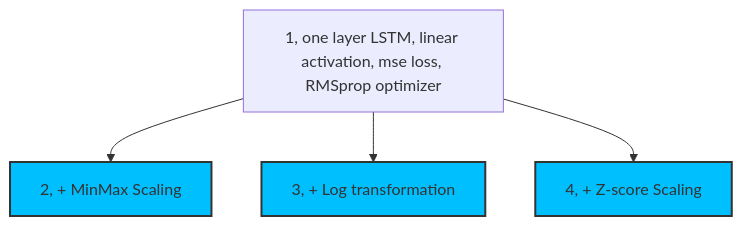
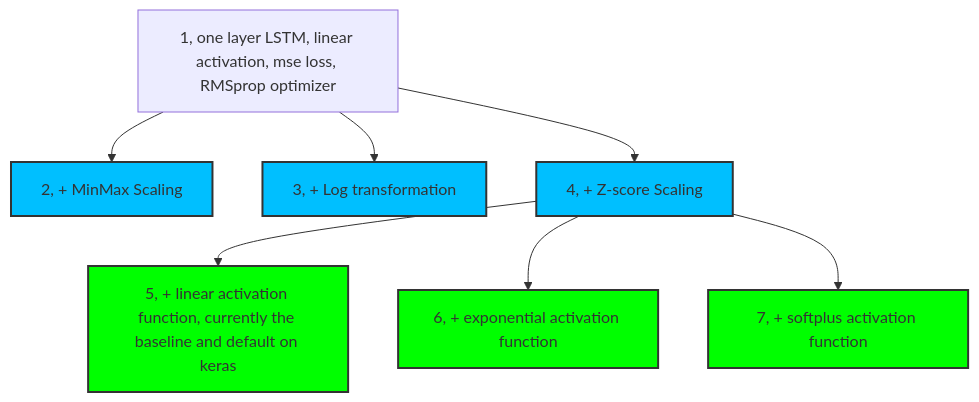
The diagram in src/models/LSTM/LSTM_regressor/experiment_hierarchy.md (zihaozeng0021/currency-exchange-rate-forecasting), drawn with Mermaid before and after one commit. The commit also changed 6 other files, not shown here.

````diff
--- a/src/models/LSTM/LSTM_regressor/experiment_hierarchy.md
+++ b/src/models/LSTM/LSTM_regressor/experiment_hierarchy.md
@@ -1,12 +1,17 @@
 ```mermaid
 graph TD
     1[1, one layer LSTM, linear activation, mse loss, RMSprop optimizer] --> 2[2, + MinMax Scaling]
     1 --> 3[3, + Log transformation]
     1 --> 4[4, + Z-score Scaling]
-    
+    4 --> 5[5, + linear activation function, currently the baseline and default on keras]
+    4 --> 6[6, + exponential activation function]
+    4 --> 7[7, + softplus activation function]
     
     
     classDef brightBlue fill:#00BFFF,stroke:#333,stroke-width:2px;
     class 2,3,4 brightBlue;
     
+    classDef brightGreen fill:#00FF00,stroke:#333,stroke-width:2px;
+    class 5,6,7 brightGreen;
+    
 ```
````
